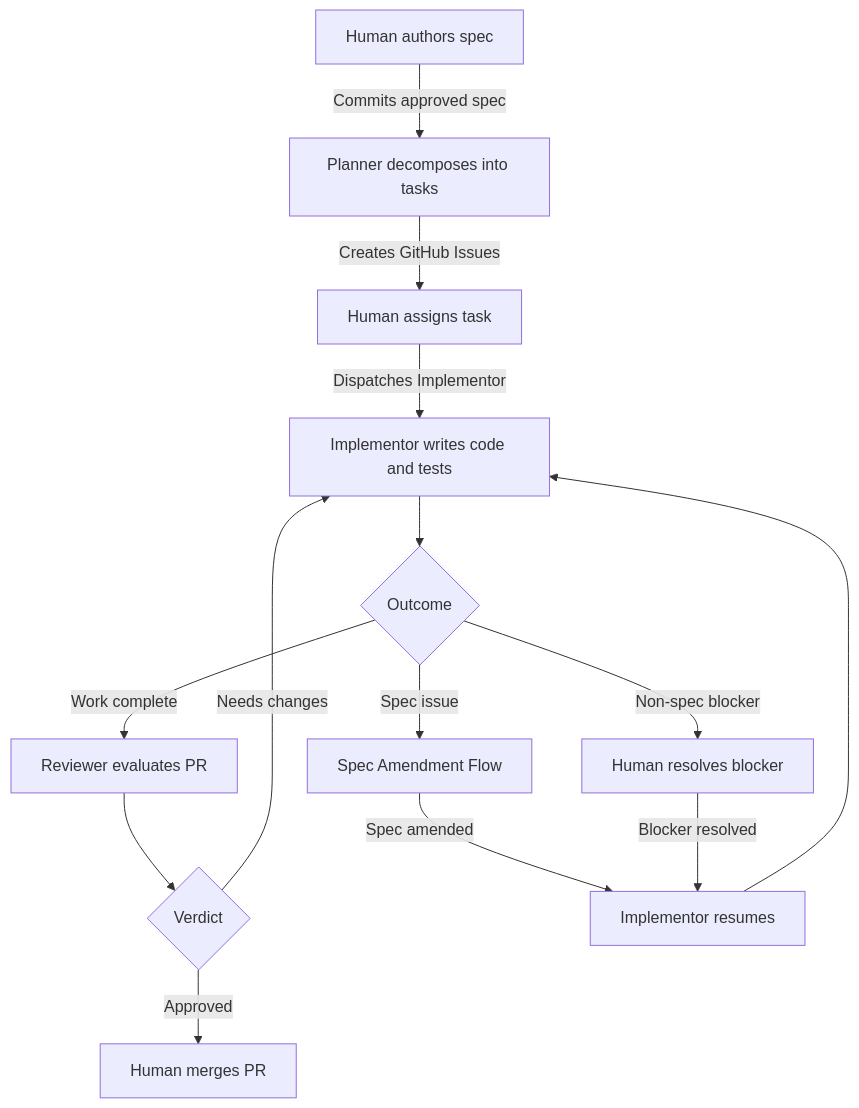
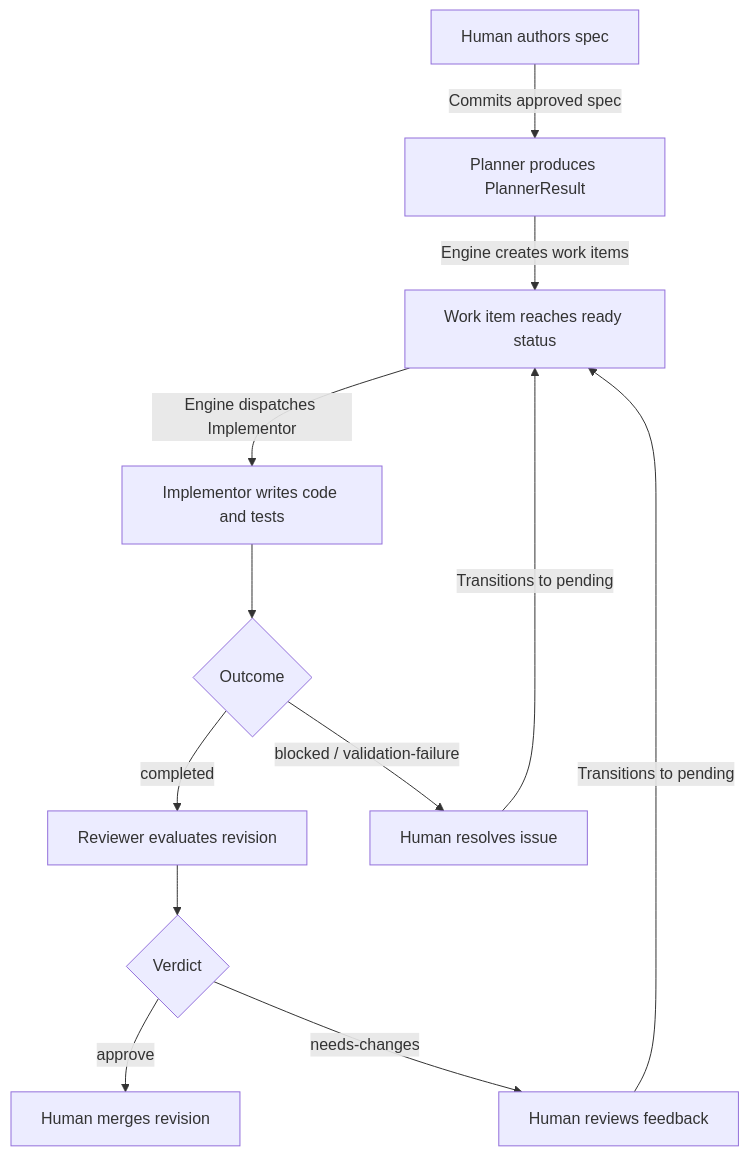
Before and after one commit to zgeoff/decree: the first of 3 diagrams in docs/specs/decree/workflow.md, drawn with Mermaid. The commit also changed other lines of this file and 9 other files, not shown here.

````diff
--- a/docs/specs/decree/workflow.md
+++ b/docs/specs/decree/workflow.md
@@ -127,16 +142,14 @@
 ```mermaid
 flowchart TD
-    Spec[Human authors spec] -->|Commits approved spec| Plan[Planner decomposes into tasks]
-    Plan -->|Creates GitHub Issues| Assign[Human assigns task]
-    Assign -->|Dispatches Implementor| Impl[Implementor writes code and tests]
+    Spec[Human authors spec] -->|Commits approved spec| Plan[Planner produces PlannerResult]
+    Plan -->|Engine creates work items| Dispatch[Work item reaches ready status]
+    Dispatch -->|Engine dispatches Implementor| Impl[Implementor writes code and tests]
     Impl --> Result{Outcome}
-    Result -->|Work complete| Review[Reviewer evaluates PR]
-    Result -->|Spec issue| NeedsRefinement[Spec Amendment Flow]
-    Result -->|Non-spec blocker| Blocked[Human resolves blocker]
+    Result -->|completed| Review[Reviewer evaluates revision]
+    Result -->|blocked / validation-failure| Resolve[Human resolves issue]
     Review --> Verdict{Verdict}
-    Verdict -->|Approved| Integrate[Human merges PR]
-    Verdict -->|Needs changes| Impl
-    NeedsRefinement -->|Spec amended| Unblocked[Implementor resumes]
-    Blocked -->|Blocker resolved| Unblocked
-    Unblocked --> Impl
+    Verdict -->|approve| Integrate[Human merges revision]
+    Verdict -->|needs-changes| Feedback[Human reviews feedback]
+    Resolve -->|Transitions to pending| Dispatch
+    Feedback -->|Transitions to pending| Dispatch
 ```
````
